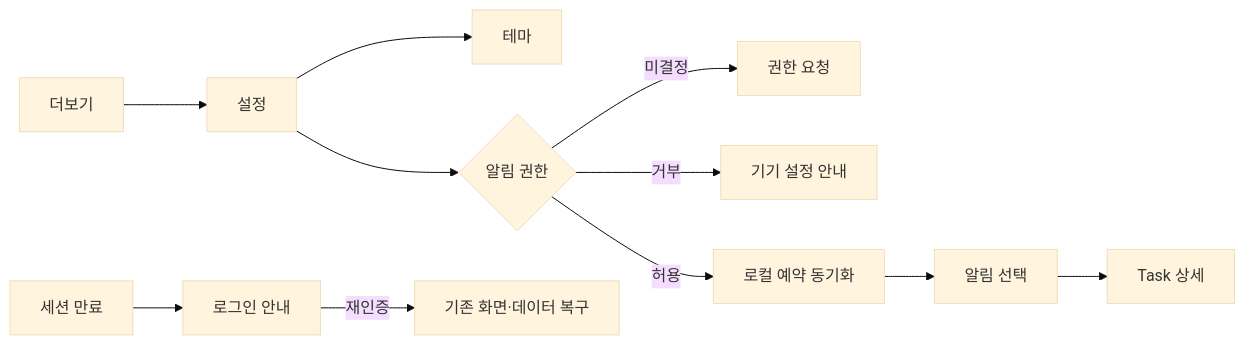
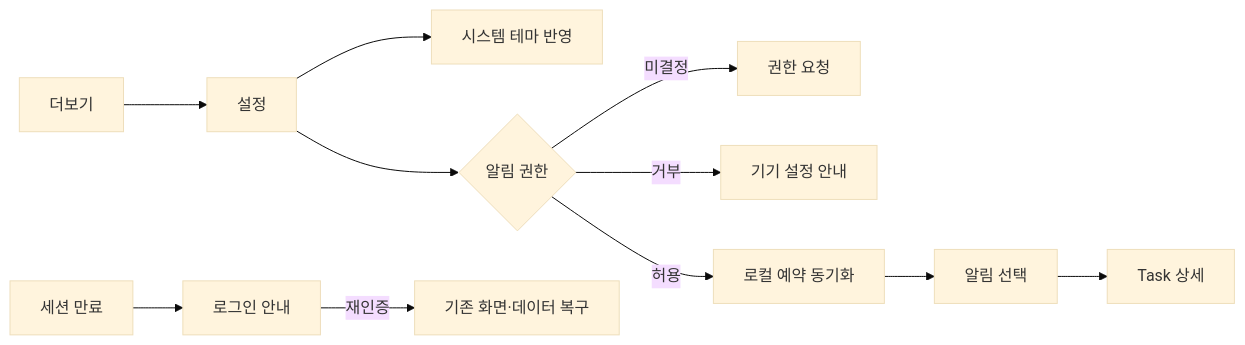
One commit to dooit-project/dooit-mobile changed the eighth of 8 diagrams in docs/product/USER_FLOW_CATALOG.md. Above: the diagram before and after it, drawn with Mermaid (base theme). The commit also changed other lines of this file and 9 other files, not shown here.

````diff
--- a/docs/product/USER_FLOW_CATALOG.md
+++ b/docs/product/USER_FLOW_CATALOG.md
@@ -225,13 +225,13 @@
 ```mermaid
 flowchart LR
   A[더보기] --> B[설정]
-  B --> C[테마]
+  B --> C[시스템 테마 반영]
   B --> D{알림 권한}
   D -->|미결정| E[권한 요청]
   D -->|거부| F[기기 설정 안내]
   D -->|허용| G[로컬 예약 동기화]
   G --> H[알림 선택]
   H --> I[Task 상세]
   J[세션 만료] --> K[로그인 안내]
   K -->|재인증| L[기존 화면·데이터 복구]
 ```
````
